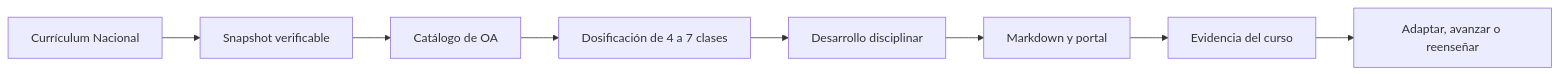
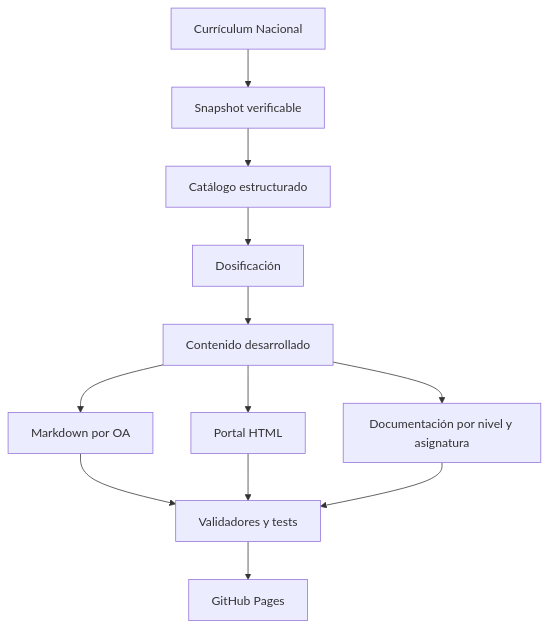
One commit to vladimiracunadev-create/chilean-school-learning-path changed the second of 2 diagrams in README.md. Above: the diagram before and after it, drawn with Mermaid. The commit also changed other lines of this file and 32 other files, not shown here.

````diff
--- a/README.md
+++ b/README.md
@@ -59,10 +198,14 @@
 ```mermaid
-flowchart LR
+flowchart TD
     A[Currículum Nacional] --> B[Snapshot verificable]
-    B --> C[Catálogo de OA]
-    C --> D[Dosificación de 4 a 7 clases]
-    D --> E[Desarrollo disciplinar]
-    E --> F[Markdown y portal]
-    F --> G[Evidencia del curso]
-    G --> H[Adaptar, avanzar o reenseñar]
+    B --> C[Catálogo estructurado]
+    C --> D[Dosificación]
+    D --> E[Contenido desarrollado]
+    E --> F[Markdown por OA]
+    E --> G[Portal HTML]
+    E --> H[Documentación por nivel y asignatura]
+    F --> I[Validadores y tests]
+    G --> I
+    H --> I
+    I --> J[GitHub Pages]
 ```
````
